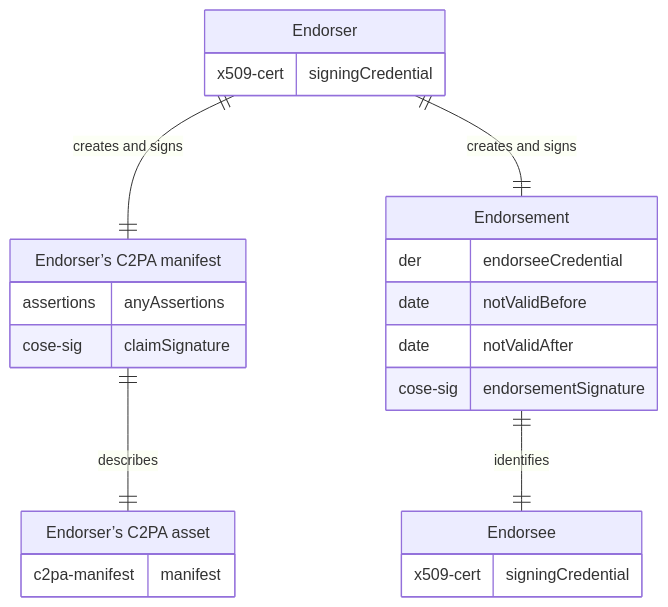
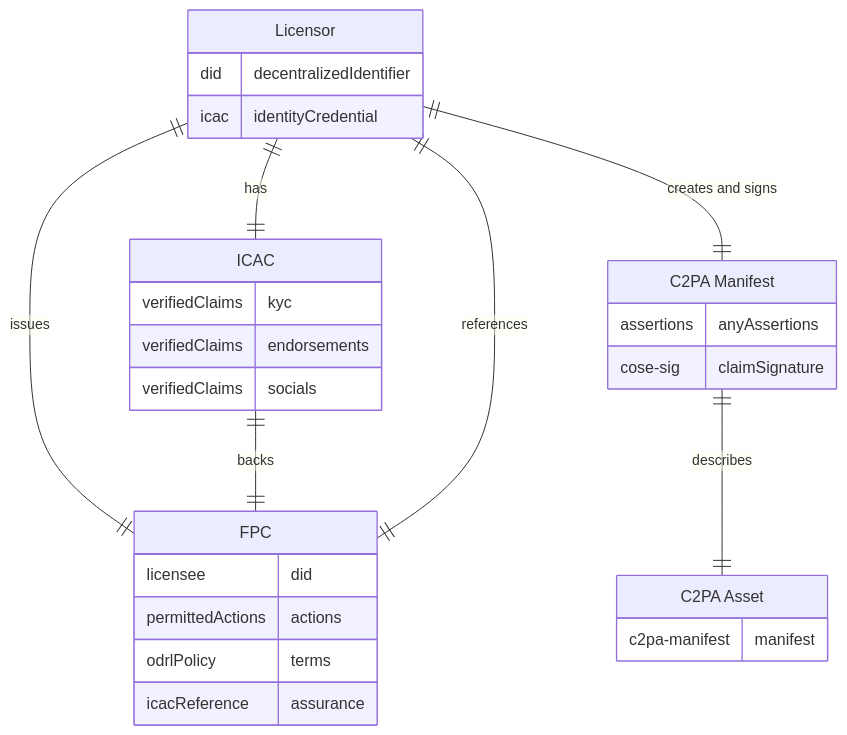
One commit to lnispel/cawg-endorsement-assertion changed the first of 2 diagrams in docs/modules/ROOT/pages/index.adoc. Above: the diagram before and after it, drawn with Mermaid. The commit also changed other lines of this file and 10 other files, not shown here.

Commit message:
Transition to Forward Permissions Credential (FPC) system

```diff
--- a/docs/modules/ROOT/pages/index.adoc
+++ b/docs/modules/ROOT/pages/index.adoc
@@ -87,28 +99,33 @@
 [mermaid,width=100%]
 ....
 erDiagram
-    er["Endorser"] {
-        x509-cert signingCredential
+    lr["Licensor"] {
+        did decentralizedIdentifier
+        icac identityCredential
     }
-    em["Endorser’s C2PA manifest"] {
+    icac["ICAC"] {
+        verifiedClaims kyc
+        verifiedClaims endorsements
+        verifiedClaims socials
+    }
+    fpc["FPC"] {
+        licensee did
+        permittedActions actions
+        odrlPolicy terms
+        icacReference assurance
+    }
+    cm["C2PA Manifest"] {
         assertions anyAssertions
         cose-sig claimSignature
     }
-    oa["Endorser’s C2PA asset"] {
+    ca["C2PA Asset"] {
         c2pa-manifest manifest
     }
-    e["Endorsement"] {
-        der endorseeCredential
-        date notValidBefore
-        date notValidAfter
-        cose-sig endorsementSignature
-    }
-    ee["Endorsee"] {
-        x509-cert signingCredential
-    }
 
-    er ||--|| em: "creates and signs"
-    er ||--|| e: "creates and signs"
-    em ||--|| oa: "describes"
-    e ||--|| ee: "identifies"
+    lr ||--|| icac: "has"
+    lr ||--|| fpc: "issues"
+    lr ||--|| cm: "creates and signs"
+    icac ||--|| fpc: "backs"
+    cm ||--|| ca: "describes"
+    fpc ||--|| lr: "references"
 ....
```
